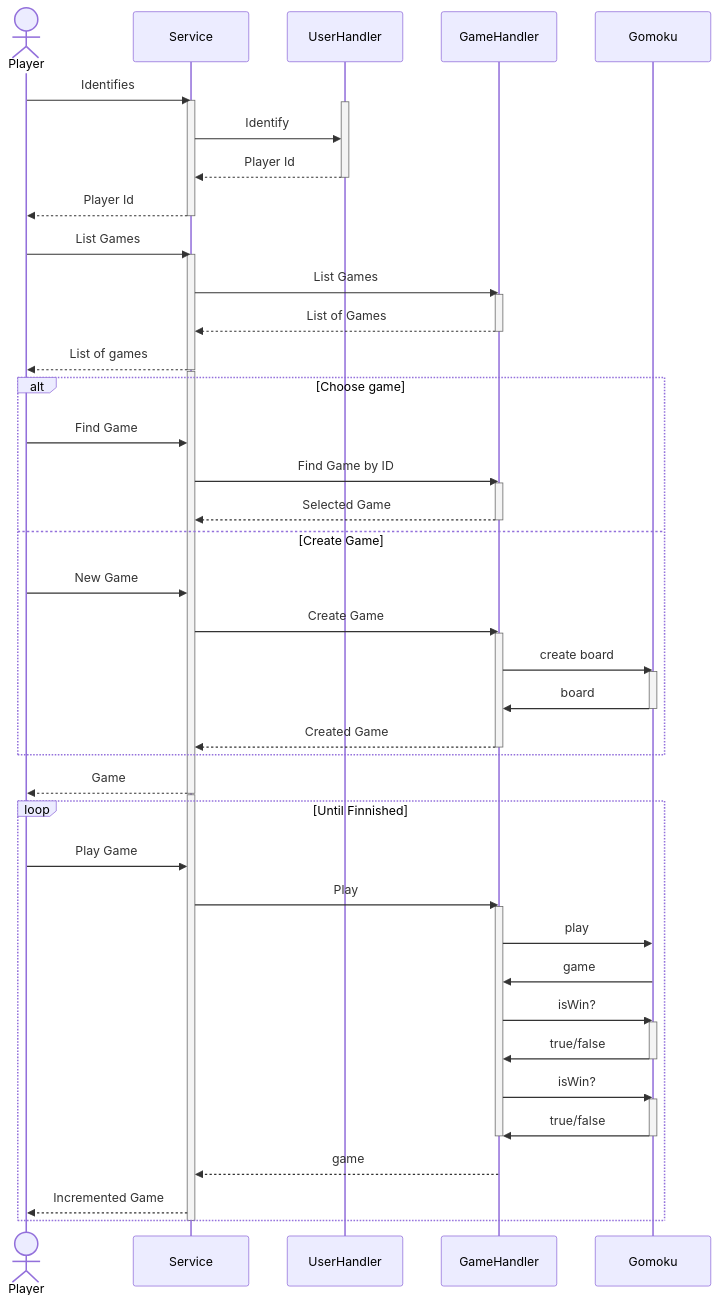
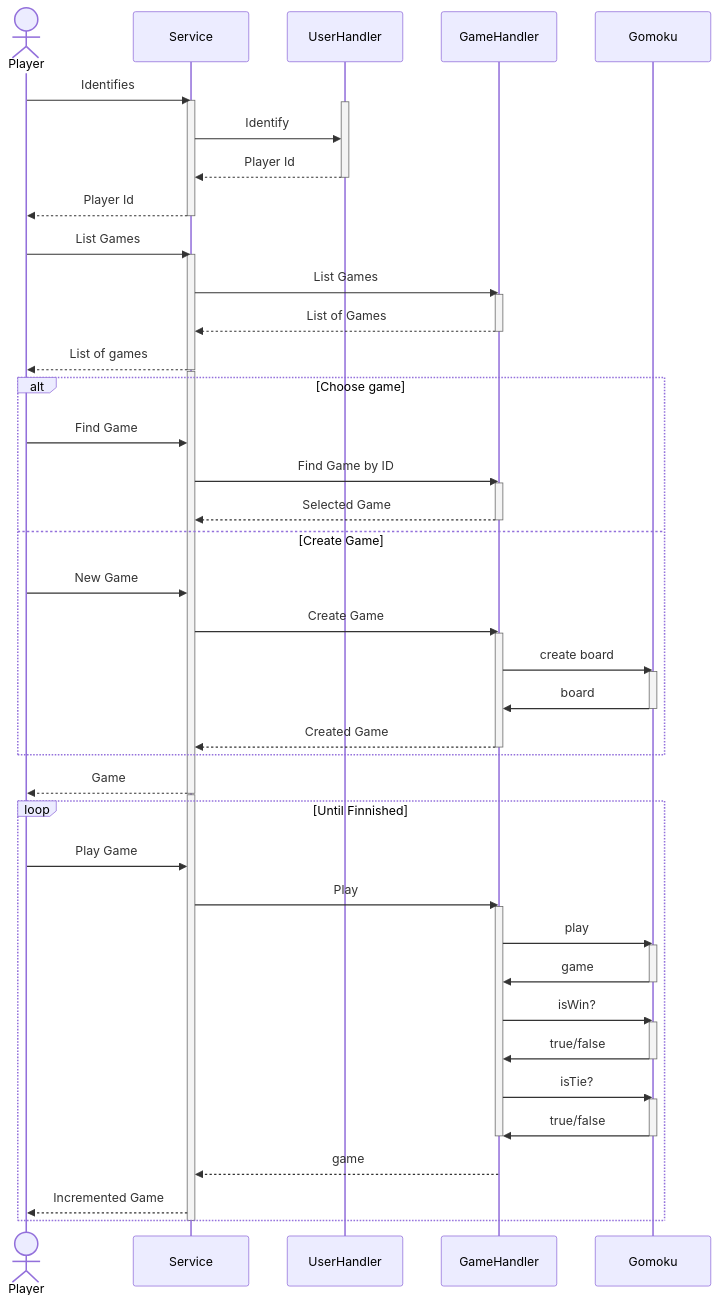
Before and after one commit to miwashi-edu/edu-http-classic-gomoku-js: the diagram in README.md, drawn with Mermaid.

````diff
--- a/README.md
+++ b/README.md
@@ -17,69 +17,71 @@
 ```mermaid
 
 sequenceDiagram
     actor Player
     participant Service
     participant UserHandler
     participant GameHandler
     participant Gomoku
 
     Player->>Service: Identifies
     activate Service
     activate UserHandler
     Service->>UserHandler: Identify
     UserHandler-->>Service: Player Id
     deactivate UserHandler
     Service-->>Player: Player Id
     deactivate Service
     
     Player->>Service: List Games
     activate Service
     Service->>GameHandler: List Games
     activate GameHandler
     GameHandler-->>Service: List of Games
     deactivate GameHandler
     Service-->>Player: List of games
     deactivate Service
     
     activate Service
     alt Choose game
         Player->>Service: Find Game
         Service->>GameHandler: Find Game by ID
         activate GameHandler
         GameHandler-->>Service: Selected Game
         deactivate GameHandler
     else Create Game
         Player->>Service: New Game
         Service->>GameHandler: Create Game
         activate GameHandler
         GameHandler->>Gomoku: create board
         activate Gomoku
         Gomoku->>GameHandler: board
         deactivate Gomoku
         GameHandler-->>Service: Created Game
         deactivate GameHandler
     end
     Service-->>Player: Game
     deactivate Service
     
     activate Service
     loop Until Finnished
         Player->>Service: Play Game
         Service->>GameHandler: Play
         activate GameHandler
         GameHandler->>Gomoku: play
+        activate Gomoku
         Gomoku->>GameHandler: game
+        deactivate Gomoku
         GameHandler->>Gomoku: isWin?
         activate Gomoku
         Gomoku->>GameHandler: true/false
         deactivate Gomoku
-        GameHandler->>Gomoku: isWin?
+        GameHandler->>Gomoku: isTie?
         activate Gomoku
         Gomoku->>GameHandler: true/false
         deactivate Gomoku
         deactivate GameHandler
         GameHandler-->>Service: game
         Service-->>Player: Incremented Game
     end
     deactivate Service
 ```
````
